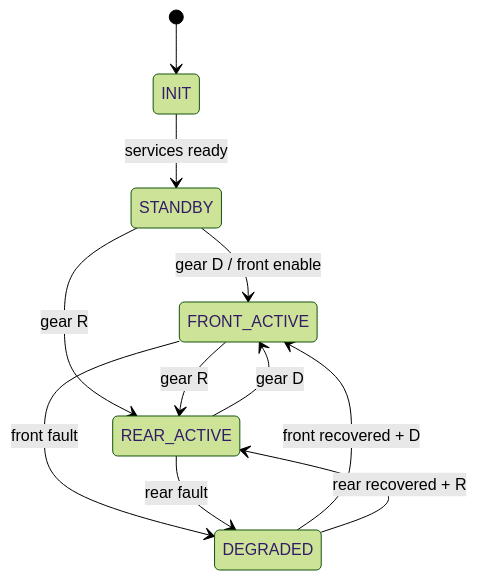
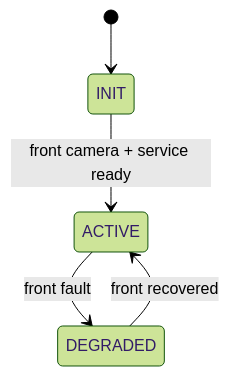
Before and after one commit to sunmaan22/SDV_MCU_Project: the fifth of 5 diagrams in docs/ecus/HPC_Camera_Vision/ARCHITECTURE.md, drawn with Mermaid (forest theme). The commit also changed other lines of this file and 28 other files, not shown here.

````diff
--- a/docs/ecus/HPC_Camera_Vision/ARCHITECTURE.md
+++ b/docs/ecus/HPC_Camera_Vision/ARCHITECTURE.md
@@ -444,13 +384,7 @@
 ```mermaid
 stateDiagram-v2
     [*] --> INIT
-    INIT --> STANDBY: services ready
-    STANDBY --> FRONT_ACTIVE: gear D / front enable
-    STANDBY --> REAR_ACTIVE: gear R
-    FRONT_ACTIVE --> REAR_ACTIVE: gear R
-    REAR_ACTIVE --> FRONT_ACTIVE: gear D
-    FRONT_ACTIVE --> DEGRADED: front fault
-    REAR_ACTIVE --> DEGRADED: rear fault
-    DEGRADED --> FRONT_ACTIVE: front recovered + D
-    DEGRADED --> REAR_ACTIVE: rear recovered + R
+    INIT --> ACTIVE: front camera + service ready
+    ACTIVE --> DEGRADED: front fault
+    DEGRADED --> ACTIVE: front recovered
 ```
````
